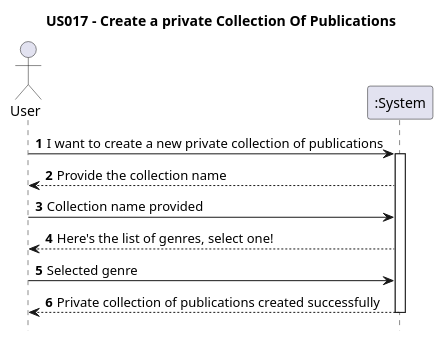
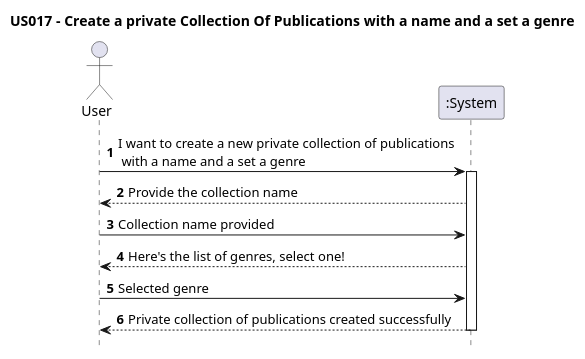
The diagram in Diagrams/SequenceDiagrams/N1/US017-to-create-private-publications-list.puml (AndrePereiraGitH/SWitCH-Project-Team_A), drawn with PlantUML before and after one commit. The commit also changed 2 other files, not shown here.

Commit message:
#88 #89 and #92 #94: Update SSD (N1), sequence (N2) and class diagrams

```diff
--- a/Diagrams/SequenceDiagrams/N1/US017-to-create-private-publications-list.puml
+++ b/Diagrams/SequenceDiagrams/N1/US017-to-create-private-publications-list.puml
@@ -1,22 +1,22 @@
 @startuml
 autonumber
 hide footbox
 
-title US017 - Create a private Collection Of Publications
+title US017 - Create a private Collection Of Publications with a name and a set a genre
 
 actor "User" as User
 participant ":System" as System
 
-User -> System : I want to create a new private collection of publications
+User -> System : I want to create a new private collection of publications\n with a name and a set a genre
 activate System
 
 System --> User : Provide the collection name
 User -> System : Collection name provided
 
 System --> User : Here's the list of genres, select one!
 User -> System : Selected genre
 
 System --> User : Private collection of publications created successfully
 deactivate System
 
 @enduml
```
